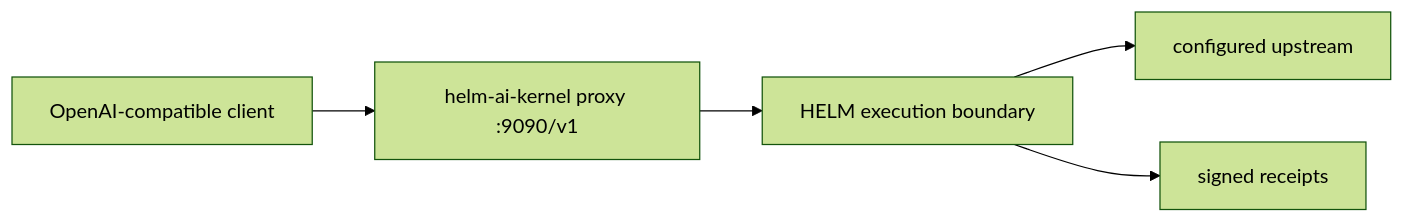
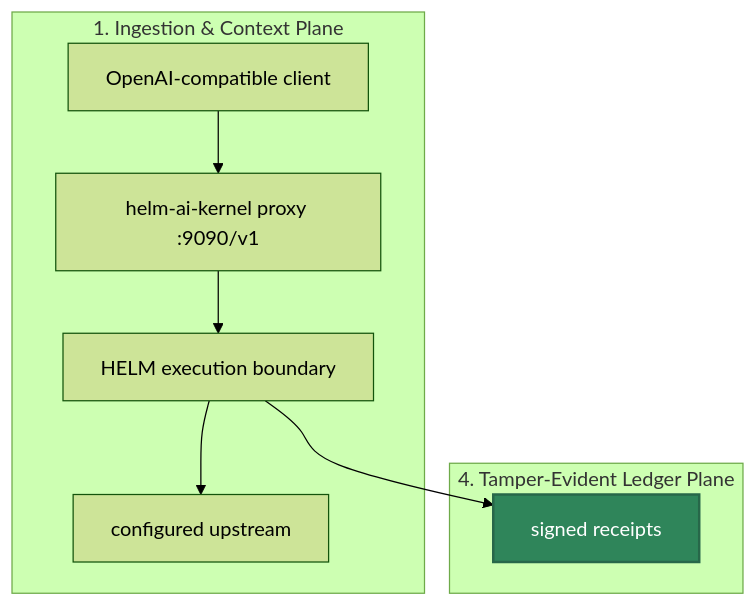
Before and after one commit to Mindburn-Labs/helm-ai-kernel: the diagram in docs/INTEGRATIONS/openai_baseurl.md, drawn with Mermaid (forest theme). The commit also changed other lines of this file and 330 other files, not shown here.

````diff
--- a/docs/INTEGRATIONS/openai_baseurl.md
+++ b/docs/INTEGRATIONS/openai_baseurl.md
@@ -16,7 +16,22 @@
 ```mermaid
-flowchart LR
-  Client["OpenAI-compatible client"] --> Proxy["helm-ai-kernel proxy :9090/v1"]
-  Proxy --> Boundary["HELM execution boundary"]
-  Boundary --> Upstream["configured upstream"]
-  Boundary --> Receipts["signed receipts"]
+flowchart TD
+    subgraph Ingestion["1. Ingestion & Context Plane"]
+        Client["OpenAI-compatible client"]
+        Proxy["helm-ai-kernel proxy :9090/v1"]
+        Boundary["HELM execution boundary"]
+        Upstream["configured upstream"]
+    end
+
+    subgraph Ledger["4. Tamper-Evident Ledger Plane"]
+        Receipts["signed receipts"]
+    end
+
+    %% Operational Flow Edges
+    Client --> Proxy
+    Proxy --> Boundary
+    Boundary --> Upstream
+    Boundary --> Receipts
+
+    %% Premium Styling Rules
+    style Receipts fill:#2f855a,stroke:#276749,stroke-width:2px,color:#fff
 ```
````
